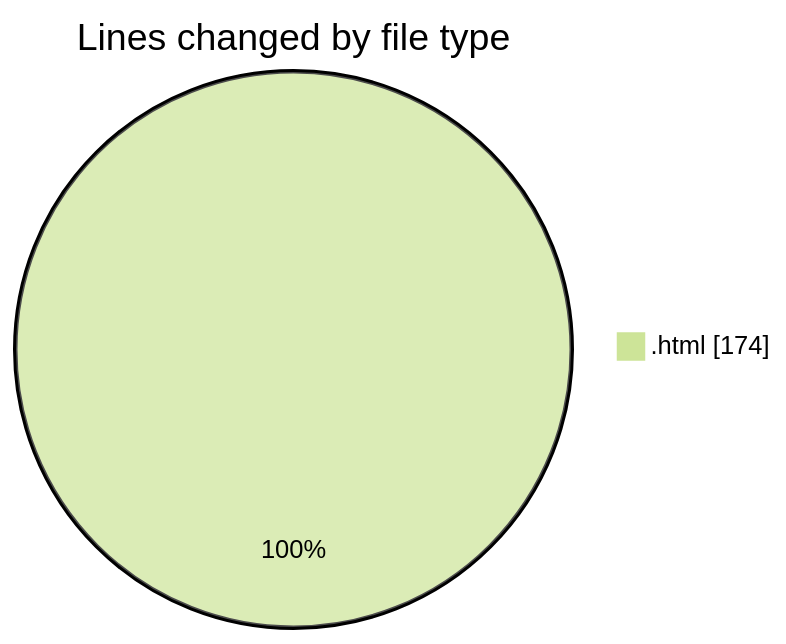
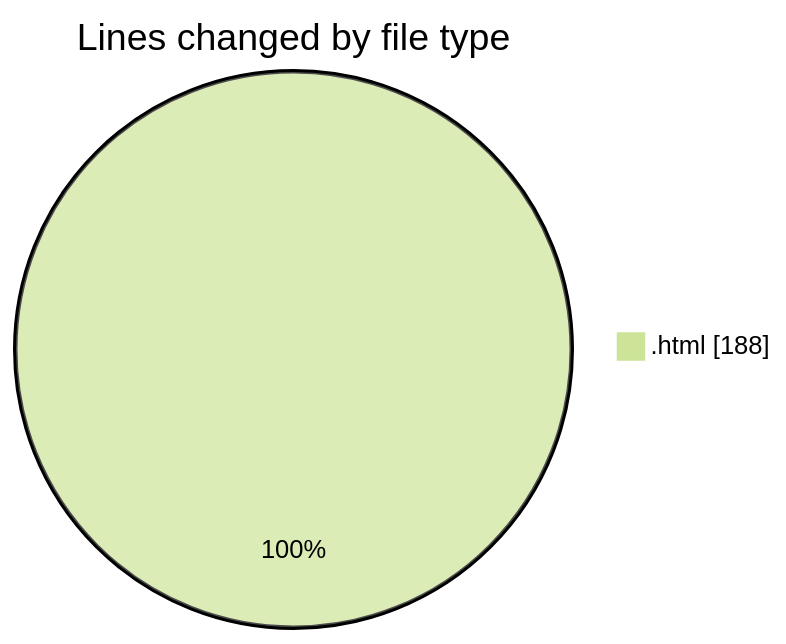
Before and after one commit to IJAZ3593/code-tracking: the first of 2 diagrams in 2025-09-04/tailwind/README.md, drawn with Mermaid (forest theme). The commit also changed other lines of this file and 1 other file, not shown here.

````diff
--- a/2025-09-04/tailwind/README.md
+++ b/2025-09-04/tailwind/README.md
@@ -23,5 +23,5 @@
 ```mermaid
 pie showData
 title Lines changed by file type
-".html" : 174
+".html" : 188
 ```
````
